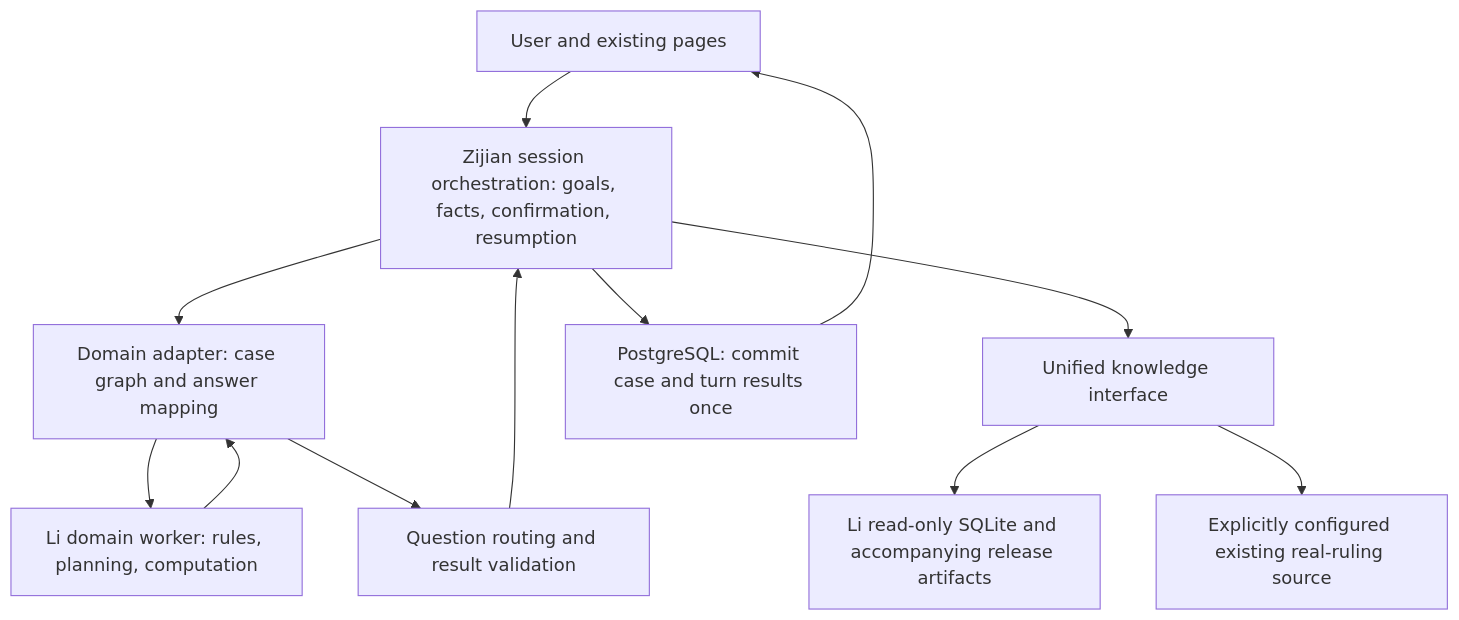
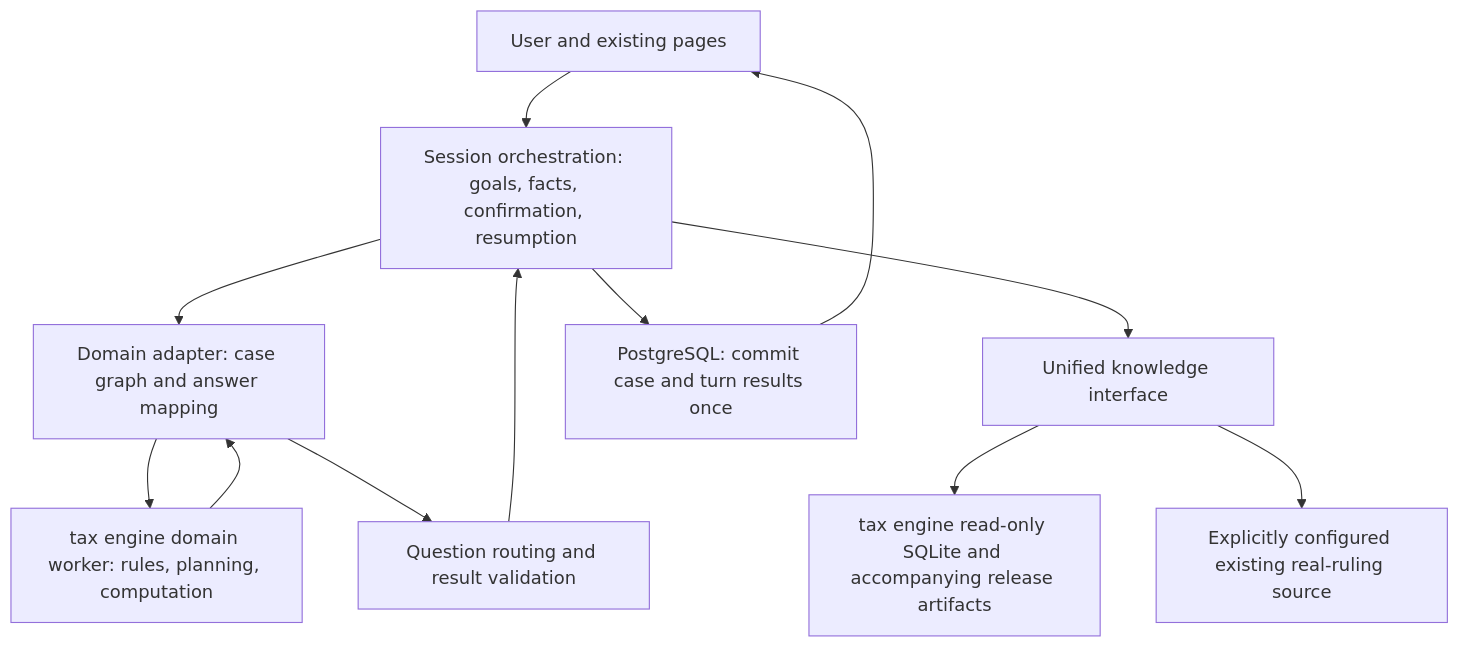
Before and after one commit to 1726621062qqcom-ctrl/Asia-Tax-AI-Agent: the diagram in docs/implementation/COMBINED_ORCHESTRATION_INTEGRATION_PLAN_2026_10_11.md, drawn with Mermaid. The commit also changed other lines of this file and 52 other files, not shown here.

````diff
--- a/docs/implementation/COMBINED_ORCHESTRATION_INTEGRATION_PLAN_2026_10_11.md
+++ b/docs/implementation/COMBINED_ORCHESTRATION_INTEGRATION_PLAN_2026_10_11.md
@@ -73,14 +73,14 @@
 ```mermaid
 flowchart TD
-    U["User and existing pages"] --> B["Zijian session orchestration: goals, facts, confirmation, resumption"]
+    U["User and existing pages"] --> B["Session orchestration: goals, facts, confirmation, resumption"]
     B --> A["Domain adapter: case graph and answer mapping"]
-    A --> L["Li domain worker: rules, planning, computation"]
+    A --> L["tax engine domain worker: rules, planning, computation"]
     L --> A
     A --> Q["Question routing and result validation"]
     Q --> B
     B --> K["Unified knowledge interface"]
-    K --> S["Li read-only SQLite and accompanying release artifacts"]
+    K --> S["tax engine read-only SQLite and accompanying release artifacts"]
     K --> R["Explicitly configured existing real-ruling source"]
     B --> P["PostgreSQL: commit case and turn results once"]
     P --> U
 ```
````
